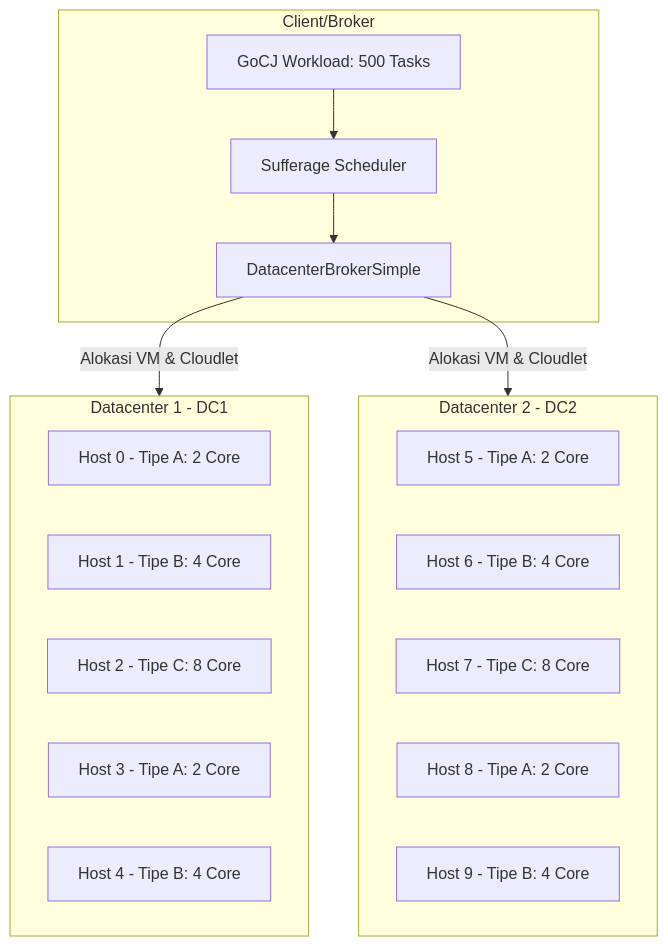
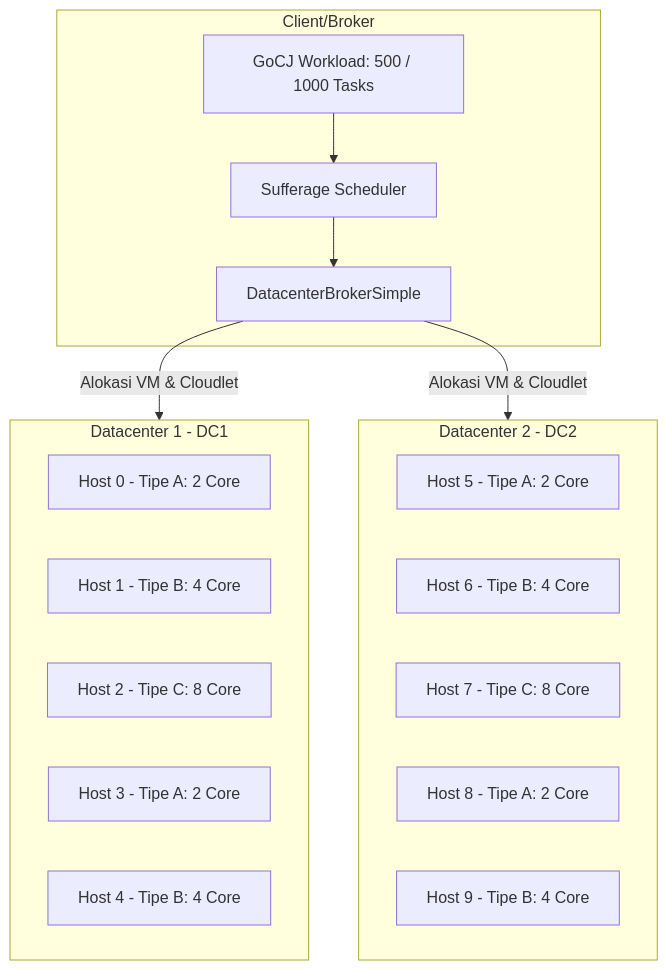
The first of 2 diagrams in README.md (imdfauzan/SOKA-Week5), drawn with Mermaid before and after one commit. The commit also changed other lines of this file and 8 other files, not shown here.

````diff
--- a/README.md
+++ b/README.md
@@ -75,30 +75,30 @@
 ```mermaid
 graph TD
     subgraph Client_Broker["Client/Broker"]
         Broker["DatacenterBrokerSimple"]
         Scheduler["Sufferage Scheduler"]
-        Workload["GoCJ Workload: 500 Tasks"]
+        Workload["GoCJ Workload: 500 / 1000 Tasks"]
     end
 
     subgraph DC1["Datacenter 1 - DC1"]
         H1["Host 0 - Tipe A: 2 Core"]
         H2["Host 1 - Tipe B: 4 Core"]
         H3["Host 2 - Tipe C: 8 Core"]
         H4["Host 3 - Tipe A: 2 Core"]
         H5["Host 4 - Tipe B: 4 Core"]
     end
 
     subgraph DC2["Datacenter 2 - DC2"]
         H6["Host 5 - Tipe A: 2 Core"]
         H7["Host 6 - Tipe B: 4 Core"]
         H8["Host 7 - Tipe C: 8 Core"]
         H9["Host 8 - Tipe A: 2 Core"]
         H10["Host 9 - Tipe B: 4 Core"]
     end
 
     Workload --> Scheduler
     Scheduler --> Broker
     Broker -->|Alokasi VM & Cloudlet| DC1
     Broker -->|Alokasi VM & Cloudlet| DC2
 
 ```
````
